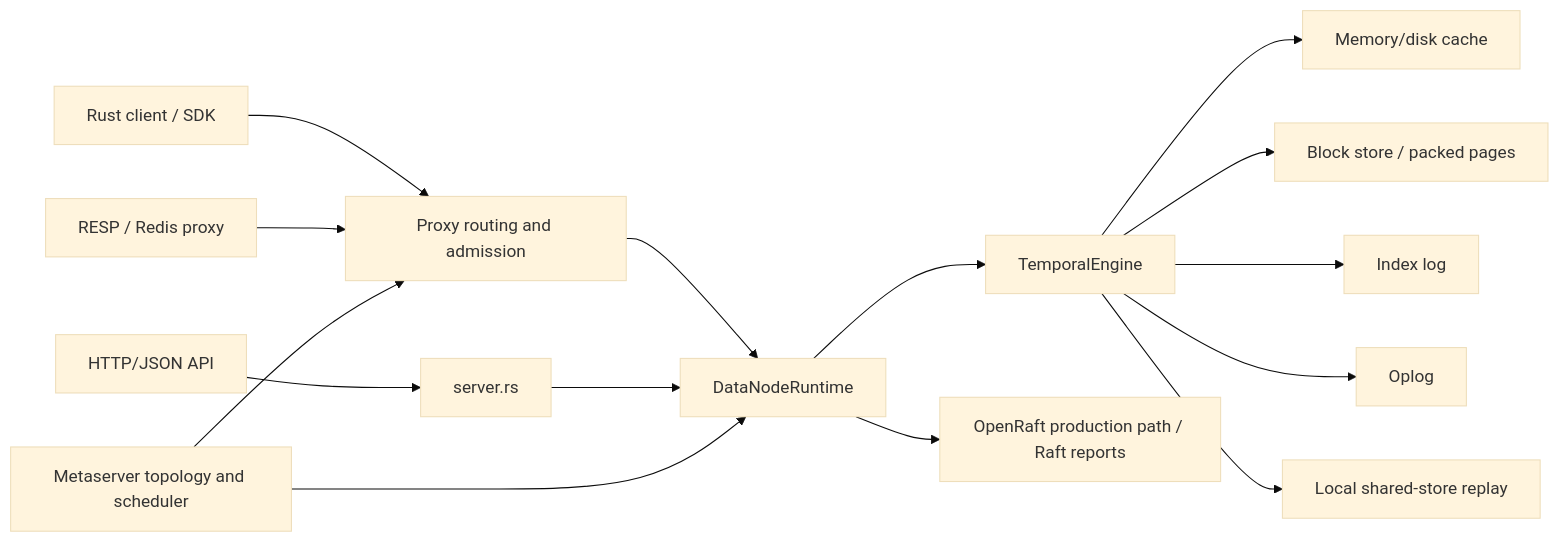
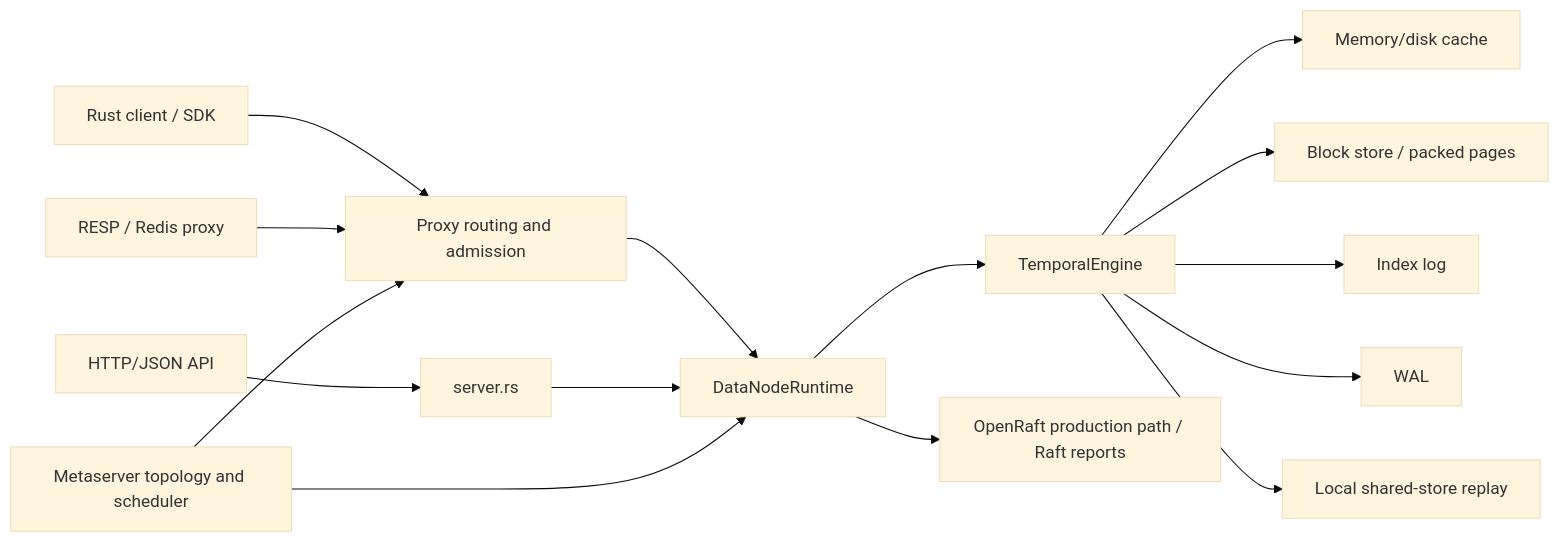
The first of 2 diagrams in docs/rust_temporalstore_code_deep_dive.md (matrixarkai/TemporalStore), drawn with Mermaid (base theme) before and after one commit. The commit also changed other lines of this file and 25 other files, not shown here.

````diff
--- a/docs/rust_temporalstore_code_deep_dive.md
+++ b/docs/rust_temporalstore_code_deep_dive.md
@@ -54,17 +54,17 @@
 ```mermaid
 flowchart LR
     Client["Rust client / SDK"] --> Proxy["Proxy routing and admission"]
     Redis["RESP / Redis proxy"] --> Proxy
     HTTP["HTTP/JSON API"] --> Server["server.rs"]
     Proxy --> DataNode["DataNodeRuntime"]
     Server --> DataNode
     DataNode --> Engine["TemporalEngine"]
     Engine --> Cache["Memory/disk cache"]
     Engine --> BlockStore["Block store / packed pages"]
     Engine --> IndexLog["Index log"]
-    Engine --> OpLog["Oplog"]
+    Engine --> Wal["WAL"]
     Engine --> SharedStore["Local shared-store replay"]
     DataNode --> Raft["OpenRaft production path / Raft reports"]
     Meta["Metaserver topology and scheduler"] --> Proxy
     Meta --> DataNode
 ```
````
